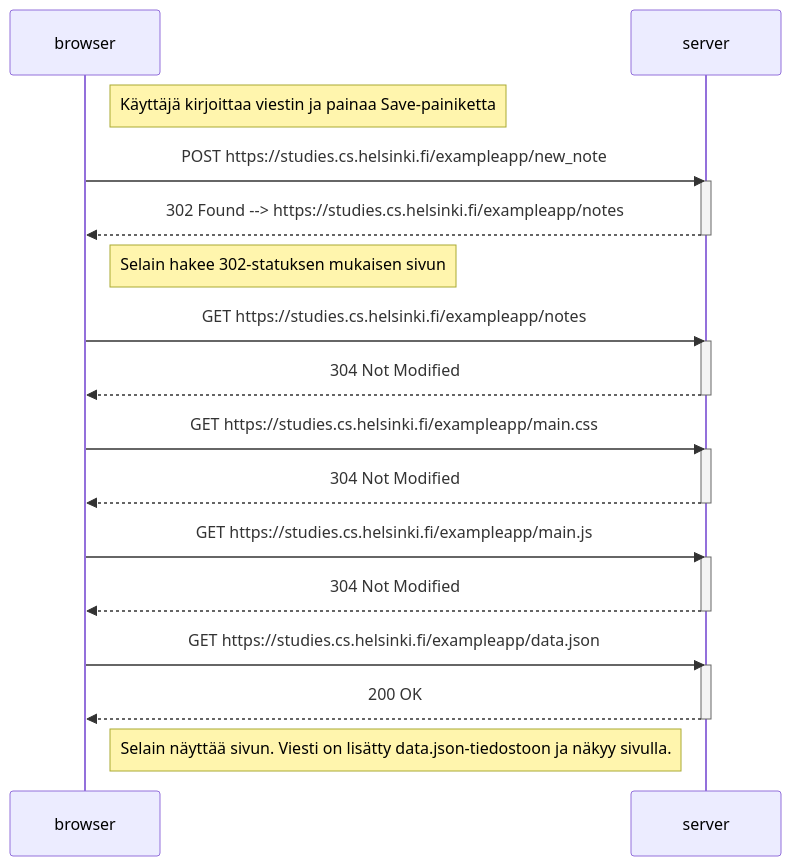
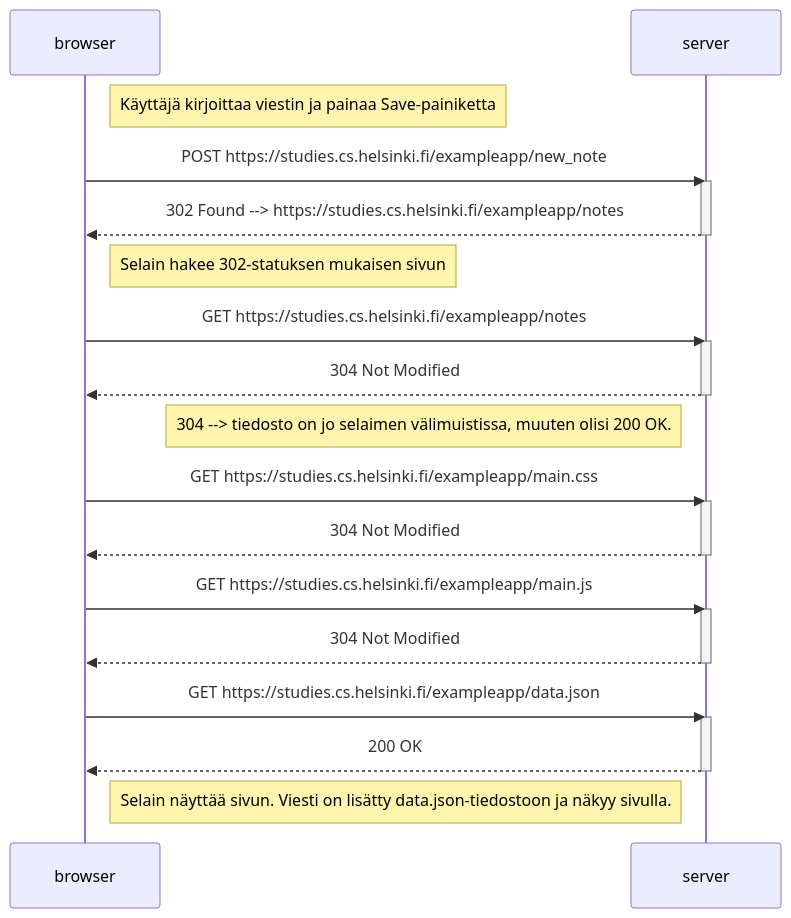
One commit to joohul/fso changed the diagram in part0/0.4.md. Above: the diagram before and after it, drawn with Mermaid.

Commit message:
0.4.: huomio statuksista 200/304

````diff
--- a/part0/0.4.md
+++ b/part0/0.4.md
@@ -1,33 +1,34 @@
 ```mermaid
 sequenceDiagram
     participant browser
     participant server
 
     note right of browser: Käyttäjä kirjoittaa viestin ja painaa Save-painiketta
     browser->>server: POST https://studies.cs.helsinki.fi/exampleapp/new_note
     activate server
     server-->>browser: 302 Found --> https://studies.cs.helsinki.fi/exampleapp/notes
     deactivate server
 
     note right of browser: Selain hakee 302-statuksen mukaisen sivun
     browser->>server: GET https://studies.cs.helsinki.fi/exampleapp/notes
     activate server
     server-->>browser: 304 Not Modified
     deactivate server
+    note left of server: 304 --> tiedosto on jo selaimen välimuistissa, muuten olisi 200 OK.
 
     browser->>server: GET https://studies.cs.helsinki.fi/exampleapp/main.css
     activate server
     server-->>browser: 304 Not Modified
     deactivate server
 
     browser->>server: GET https://studies.cs.helsinki.fi/exampleapp/main.js
     activate server
     server-->>browser: 304 Not Modified
     deactivate server
 
     browser->>server: GET https://studies.cs.helsinki.fi/exampleapp/data.json
     activate server
     server-->>browser: 200 OK
     deactivate server
     note right of browser: Selain näyttää sivun. Viesti on lisätty data.json-tiedostoon ja näkyy sivulla.
 ```
````
